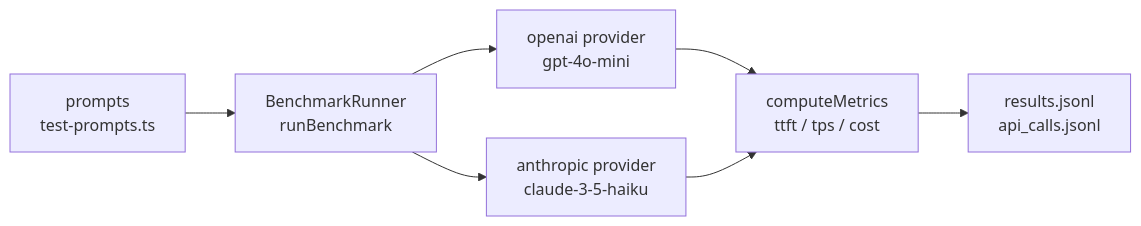
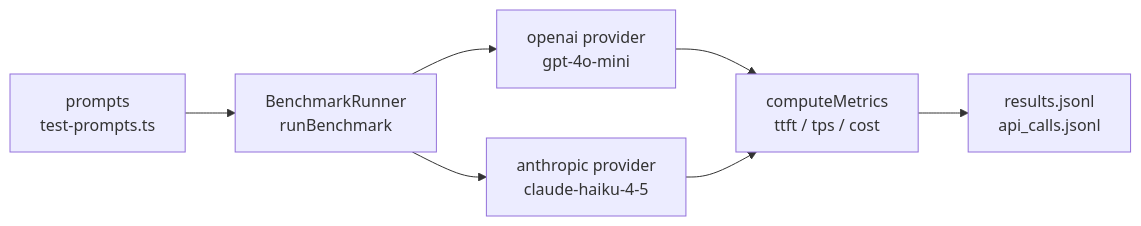
One commit to ykstorm/quickdraw changed the diagram in README.md. Above: the diagram before and after it, drawn with Mermaid. The commit also changed other lines of this file and 2 other files, not shown here.

Commit message:
docs: measured live Haiku numbers (TTFT p50 739ms, TPS p50 85.6 tok/s); release 1.0.4

````diff
--- a/README.md
+++ b/README.md
@@ -19,15 +19,15 @@
 ```mermaid
 flowchart LR
     P[prompts<br/>test-prompts.ts]
     B[BenchmarkRunner<br/>runBenchmark]
     O[openai provider<br/>gpt-4o-mini]
-    A[anthropic provider<br/>claude-3-5-haiku]
+    A[anthropic provider<br/>claude-haiku-4-5]
     M[computeMetrics<br/>ttft / tps / cost]
     R[results.jsonl<br/>api_calls.jsonl]
     P --> B
     B --> O
     B --> A
     O --> M
     A --> M
     M --> R
 ```
````
